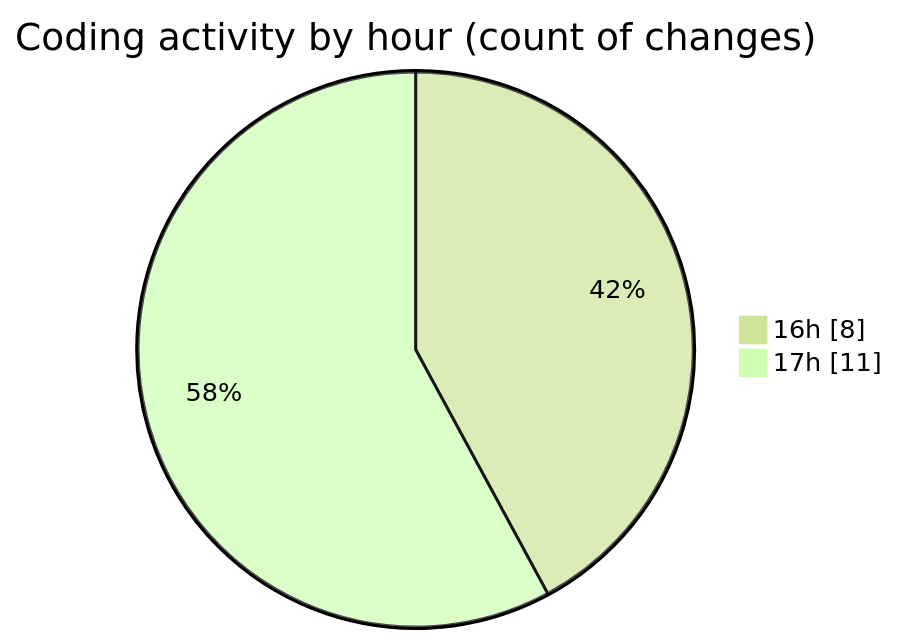
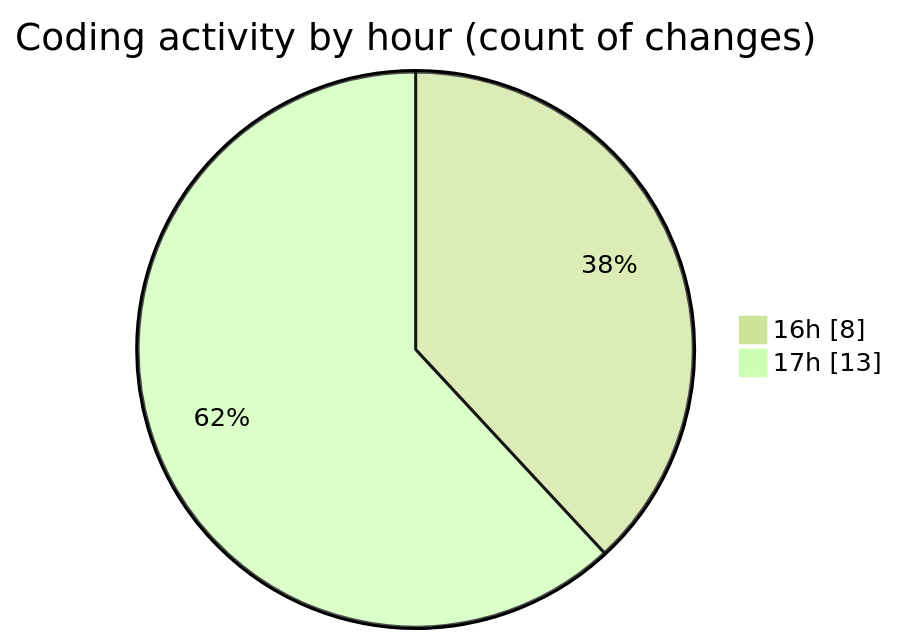
One commit to robertbonfada/code-tracking changed the second of 2 diagrams in 2025-01-08/mbc-web/README.md. Above: the diagram before and after it, drawn with Mermaid (forest theme). The commit also changed other lines of this file and 1 other file, not shown here.

````diff
--- a/2025-01-08/mbc-web/README.md
+++ b/2025-01-08/mbc-web/README.md
@@ -36,6 +36,6 @@
 ```mermaid
 pie showData
 title Coding activity by hour (count of changes)
 "16h" : 8
-"17h" : 11
+"17h" : 13
 ```
````
